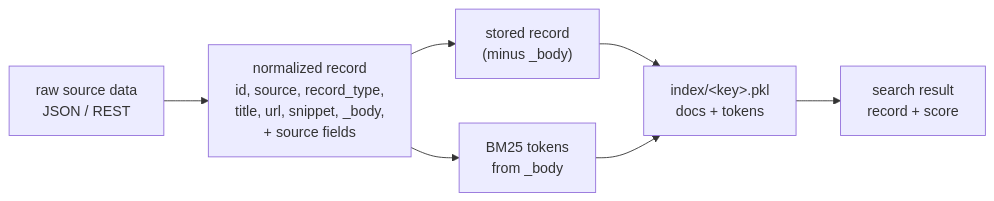
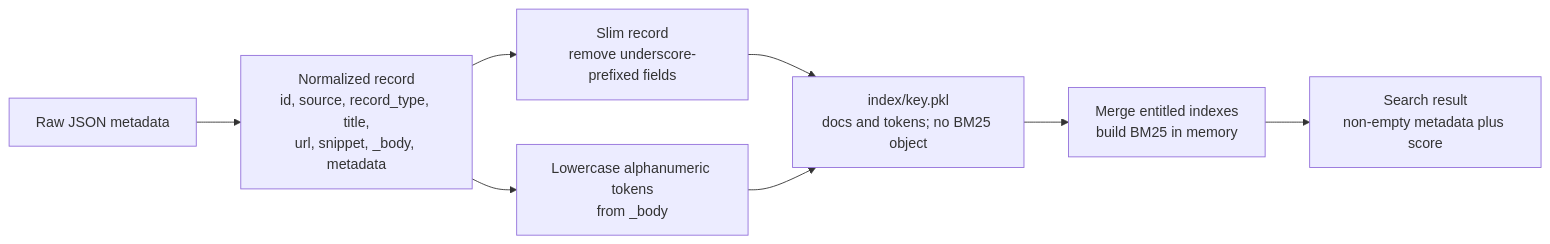
The fifth of 5 diagrams in docs/architecture.md (SteveCInVA/AllofUs-Agent), drawn with Mermaid before and after one commit. The commit also changed other lines of this file and 16 other files, not shown here.

````diff
--- a/docs/architecture.md
+++ b/docs/architecture.md
@@ -155,9 +177,10 @@
 ```mermaid
 flowchart LR
-    RAW["raw source data<br/>JSON / REST"] --> NORM["normalized record<br/>id, source, record_type,<br/>title, url, snippet, _body,<br/>+ source fields"]
-    NORM --> STORE["stored record<br/>(minus _body)"]
-    NORM --> TOK["BM25 tokens<br/>from _body"]
-    STORE --> CORP["index/&lt;key&gt;.pkl<br/>docs + tokens"]
-    TOK --> CORP
-    CORP --> HIT["search result<br/>record + score"]
+    RAW["Raw JSON metadata"] --> NORM["Normalized record<br/>id, source, record_type, title,<br/>url, snippet, _body, metadata"]
+    NORM --> STORE["Slim record<br/>remove underscore-prefixed fields"]
+    NORM --> TOK["Lowercase alphanumeric tokens<br/>from _body"]
+    STORE --> IDX["index/key.pkl<br/>docs and tokens; no BM25 object"]
+    TOK --> IDX
+    IDX --> ENG["Merge entitled indexes<br/>build BM25 in memory"]
+    ENG --> HIT["Search result<br/>non-empty metadata plus score"]
 ```
````
